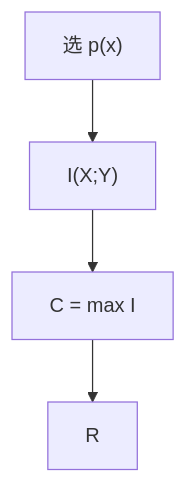
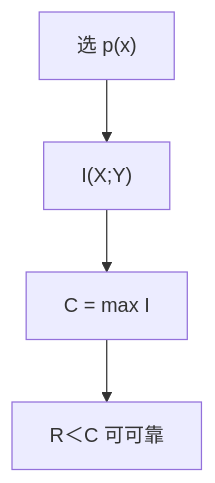
One commit to xhongduo-tech/xhongduo-tech.github.io changed the diagram in docs/cs/channel-capacity.md. Above: the diagram before and after it, drawn with Mermaid. The commit also changed other lines of this file and 772 other files, not shown here.

````diff
--- a/docs/cs/channel-capacity.md
+++ b/docs/cs/channel-capacity.md
@@ -32,6 +32,6 @@
 ```mermaid
 flowchart TD
   PX["选 p(x)"] --> IXY["I(X;Y)"]
   IXY --> C["C = max I"]
-  C --> THM["R<C 可可靠"]
+  C --> THM["R＜C 可可靠"]
 ```
````
